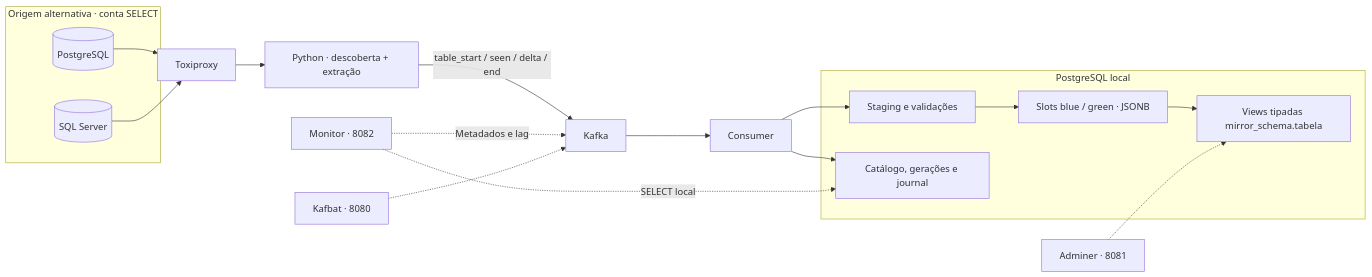
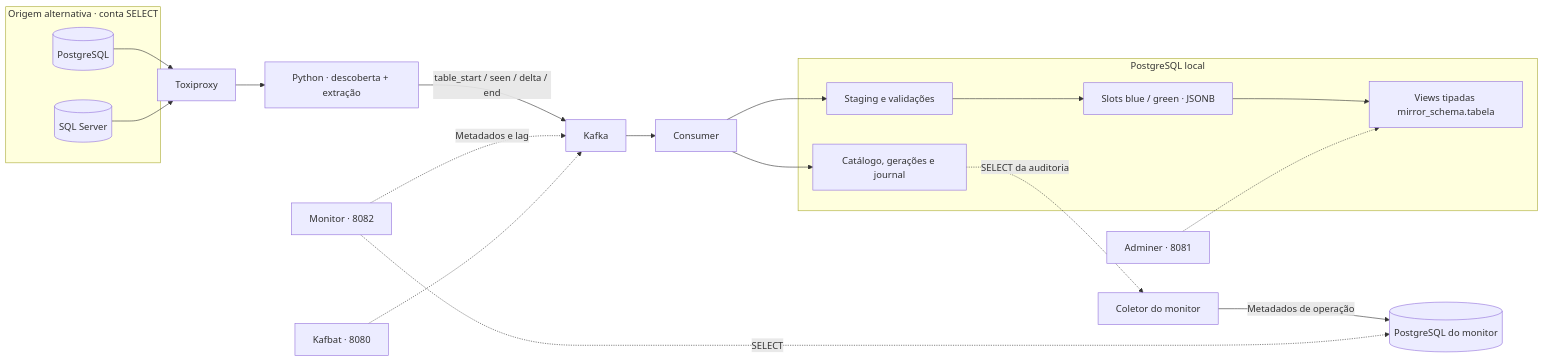
The first of 2 diagrams in README.md (BehindTheStack/restore_lab), drawn with Mermaid before and after one commit. The commit also changed other lines of this file and 12 other files, not shown here.

````diff
--- a/README.md
+++ b/README.md
@@ -15,25 +15,27 @@
 ```mermaid
 flowchart LR
     subgraph origem["Origem alternativa · conta SELECT"]
         PG[(PostgreSQL)]
         MS[(SQL Server)]
     end
     PG --> P[Toxiproxy]
     MS --> P
     P --> E["Python · descoberta + extração"]
     E -->|"table_start / seen / delta / end"| K[Kafka]
     K --> C[Consumer]
     subgraph local["PostgreSQL local"]
         S[Staging e validações]
         BG["Slots blue / green · JSONB"]
         V["Views tipadas mirror_schema.tabela"]
         A["Catálogo, gerações e journal"]
         S --> BG --> V
     end
     C --> S
     C --> A
-    M["Monitor · 8082"] -.->|"SELECT local"| A
+    A -.->|"SELECT da auditoria"| MC["Coletor do monitor"]
+    MC -->|"Metadados de operação"| MD[("PostgreSQL do monitor")]
+    M["Monitor · 8082"] -.->|"SELECT"| MD
     M -.->|"Metadados e lag"| K
     U["Kafbat · 8080"] -.-> K
     D["Adminer · 8081"] -.-> V
 ```
````
